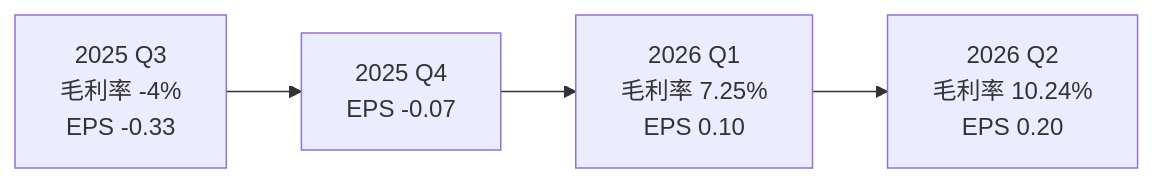
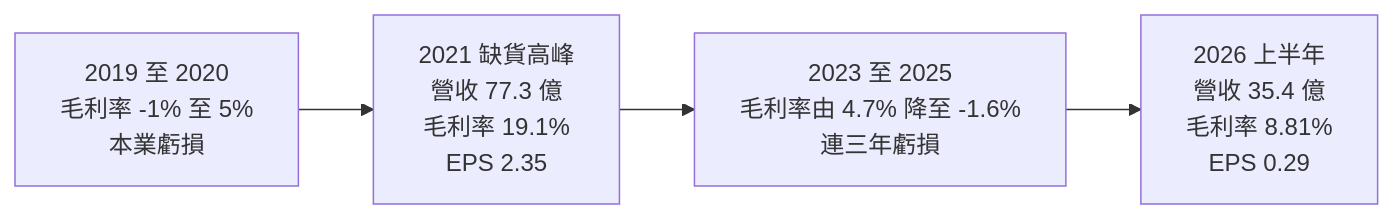
One commit to wangnick1004/taiwan-stock-vault changed the third of 4 diagrams in 個股/台股/2369菱生.md. Above: the diagram before and after it, drawn with Mermaid. The commit also changed other lines of this file and 19 other files, not shown here.

````diff
--- a/個股/台股/2369菱生.md
+++ b/個股/台股/2369菱生.md
@@ -139,4 +146,4 @@
 ```mermaid
 flowchart LR
-    Q1["2025 Q3<br/>毛利率 -4%<br/>EPS -0.33"] --> Q2["2025 Q4<br/>EPS -0.07"] --> Q3["2026 Q1<br/>毛利率 7.25%<br/>EPS 0.10"] --> Q4["2026 Q2<br/>毛利率 10.24%<br/>EPS 0.20"]
+    Y19["2019 至 2020<br/>毛利率 -1% 至 5%<br/>本業虧損"] --> Y21["2021 缺貨高峰<br/>營收 77.3 億<br/>毛利率 19.1%<br/>EPS 2.35"] --> Y23["2023 至 2025<br/>毛利率由 4.7% 降至 -1.6%<br/>連三年虧損"] --> H26["2026 上半年<br/>營收 35.4 億<br/>毛利率 8.81%<br/>EPS 0.29"]
 ```
````
